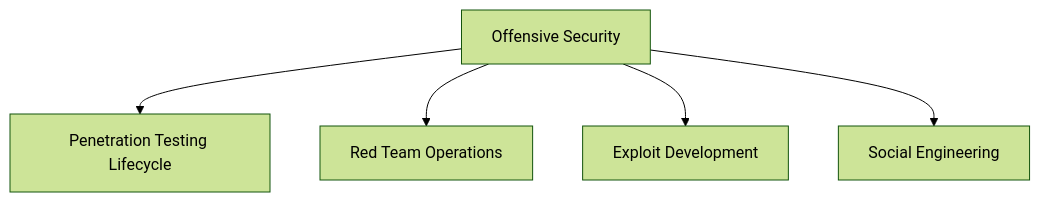
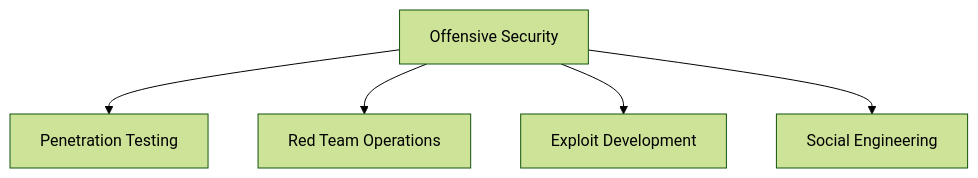
The diagram in Offensive Security/Offensive Security.md (s4l1hs/cybersec-crook2root-notes), drawn with Mermaid (forest theme) before and after one commit. The commit also changed other lines of this file and 302 other files, not shown here.

````diff
--- a/Offensive Security/Offensive Security.md
+++ b/Offensive Security/Offensive Security.md
@@ -20,7 +20,7 @@
 ```mermaid
 flowchart TD
-    O["Offensive Security"] --> P["Penetration Testing Lifecycle"]
+    O["Offensive Security"] --> P["Penetration Testing"]
     O --> R["Red Team Operations"]
     O --> E["Exploit Development"]
     O --> S["Social Engineering"]
 ```
````
